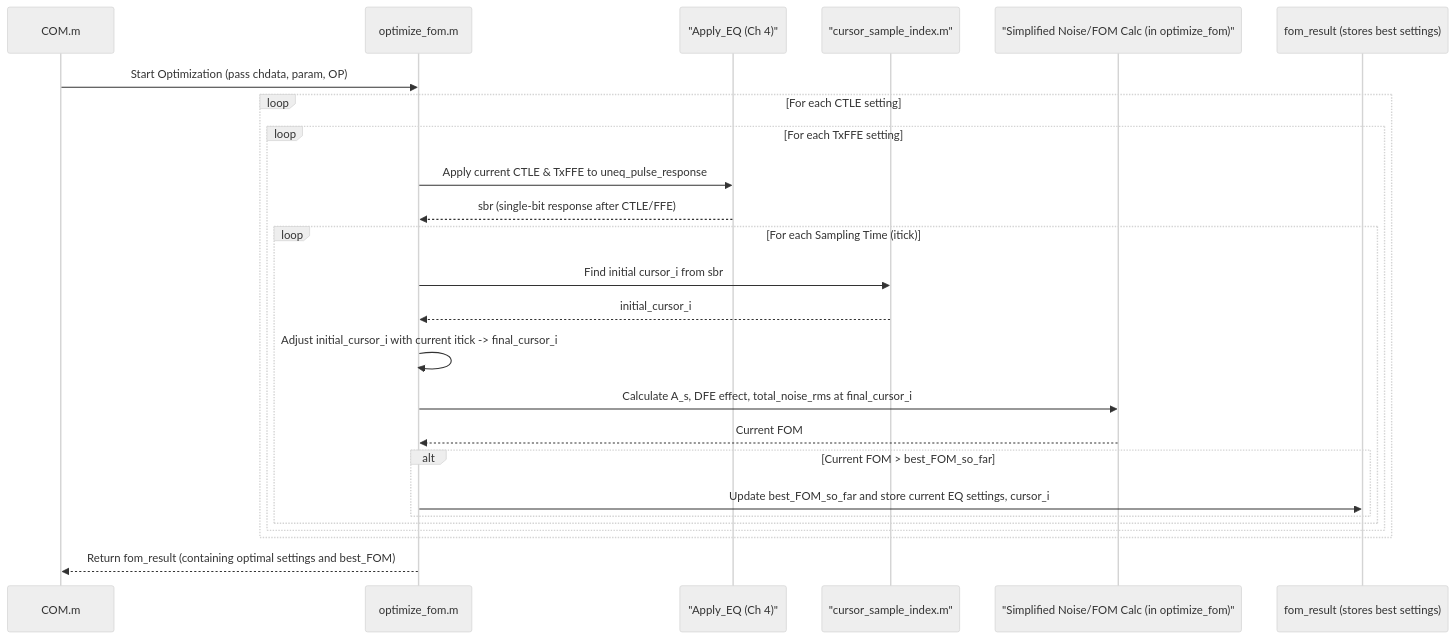
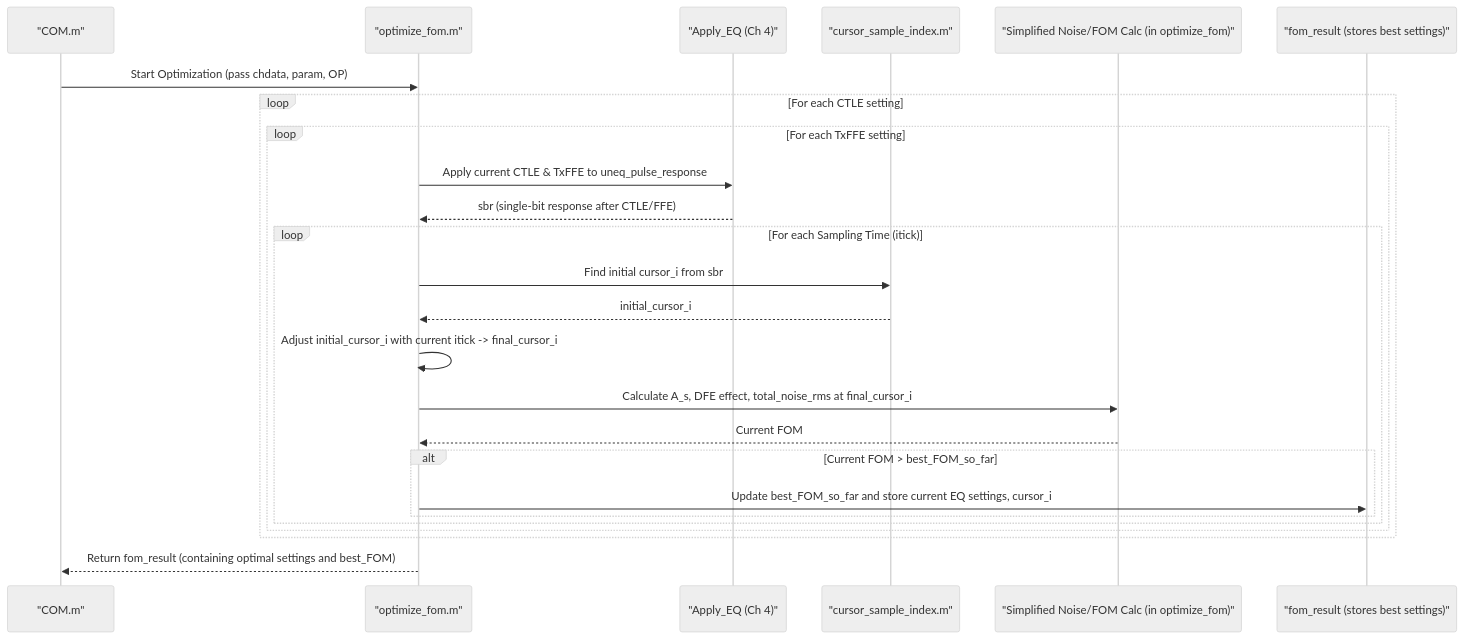
One commit to jueshi/PocketFlow-Tutorial-Codebase-Knowledge changed the diagram in output/com_code/06_com_fom_optimization_loop_.md. Above: the diagram before and after it, drawn with Mermaid (neutral theme). The commit also changed 282 other files, not shown here.

````diff
--- a/output/com_code/06_com_fom_optimization_loop_.md
+++ b/output/com_code/06_com_fom_optimization_loop_.md
@@ -51,28 +51,28 @@
 ```mermaid
 sequenceDiagram
-    participant MainCOM as COM.m
-    participant OptLoop as optimize_fom.m
+    participant MainCOM as "COM.m"
+    participant OptLoop as "optimize_fom.m"
     participant ApplyEQ as "Apply_EQ (Ch 4)"
     participant GetSampleTime as "cursor_sample_index.m"
     participant NoiseCalc as "Simplified Noise/FOM Calc (in optimize_fom)"
-    participant BestSettings as fom_result (stores best settings)
+    participant BestSettings as "fom_result (stores best settings)"
 
     MainCOM->>OptLoop: Start Optimization (pass chdata, param, OP)
     loop For each CTLE setting
         loop For each TxFFE setting
             OptLoop->>ApplyEQ: Apply current CTLE & TxFFE to uneq_pulse_response
             ApplyEQ-->>OptLoop: sbr (single-bit response after CTLE/FFE)
             loop For each Sampling Time (itick)
                 OptLoop->>GetSampleTime: Find initial cursor_i from sbr
                 GetSampleTime-->>OptLoop: initial_cursor_i
                 OptLoop->>OptLoop: Adjust initial_cursor_i with current itick -> final_cursor_i
                 OptLoop->>NoiseCalc: Calculate A_s, DFE effect, total_noise_rms at final_cursor_i
                 NoiseCalc-->>OptLoop: Current FOM
                 alt Current FOM > best_FOM_so_far
                     OptLoop->>BestSettings: Update best_FOM_so_far and store current EQ settings, cursor_i
                 end
             end
         end
     end
     OptLoop-->>MainCOM: Return fom_result (containing optimal settings and best_FOM)
 ```
````
